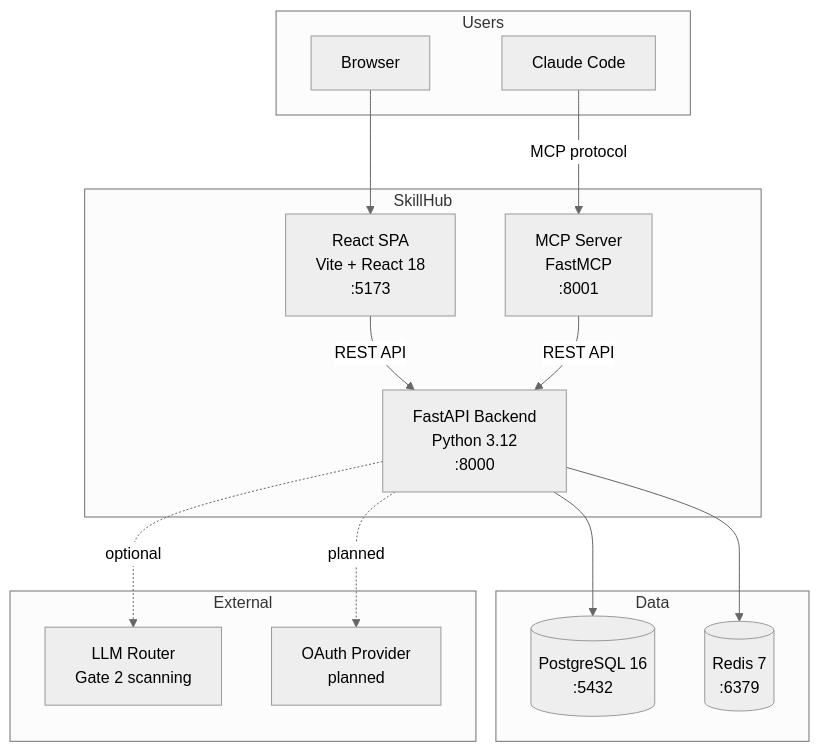
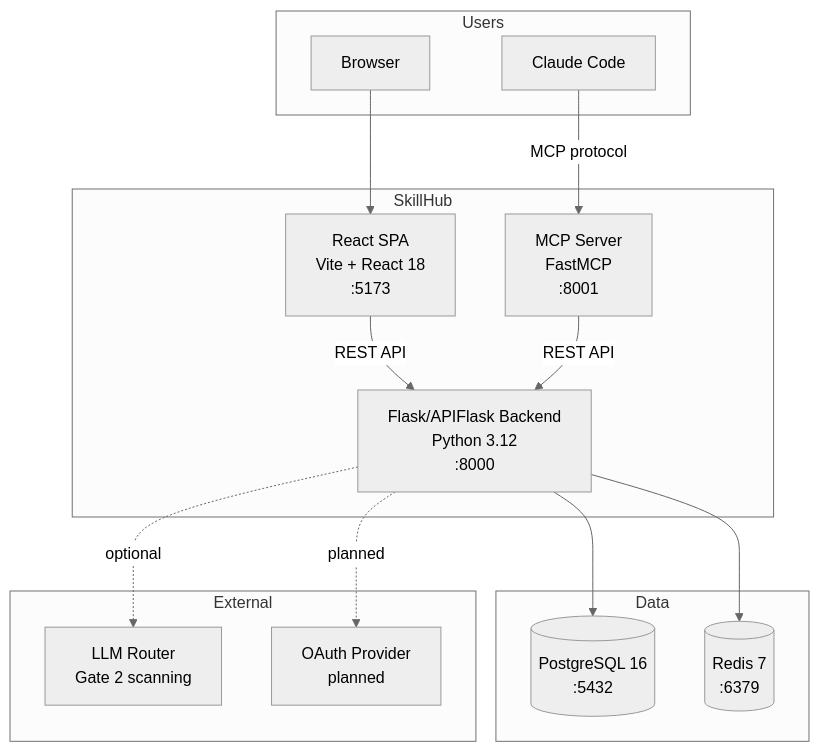
The diagram in docs/architecture/OVERVIEW.md (chaseoneillrnd/marketplace-ai), drawn with Mermaid (neutral theme) before and after one commit. The commit also changed other lines of this file and 100 other files, not shown here.

First line of the commit message:
Remove dead FastAPI code and update all references to Flask/APIFlask

````diff
--- a/docs/architecture/OVERVIEW.md
+++ b/docs/architecture/OVERVIEW.md
@@ -9,32 +9,32 @@
 ```mermaid
 graph TB
     subgraph Users
         B[Browser]
         CC[Claude Code]
     end
 
     subgraph SkillHub
         W[React SPA<br/>Vite + React 18<br/>:5173]
-        A[FastAPI Backend<br/>Python 3.12<br/>:8000]
+        A[Flask/APIFlask Backend<br/>Python 3.12<br/>:8000]
         M[MCP Server<br/>FastMCP<br/>:8001]
     end
 
     subgraph Data
         PG[(PostgreSQL 16<br/>:5432)]
         RD[(Redis 7<br/>:6379)]
     end
 
     subgraph External
         LLM[LLM Router<br/>Gate 2 scanning]
         OAuth[OAuth Provider<br/>planned]
     end
 
     B --> W
     W -->|REST API| A
     CC -->|MCP protocol| M
     M -->|REST API| A
     A --> PG
     A --> RD
     A -.->|optional| LLM
     A -.->|planned| OAuth
 ```
````
